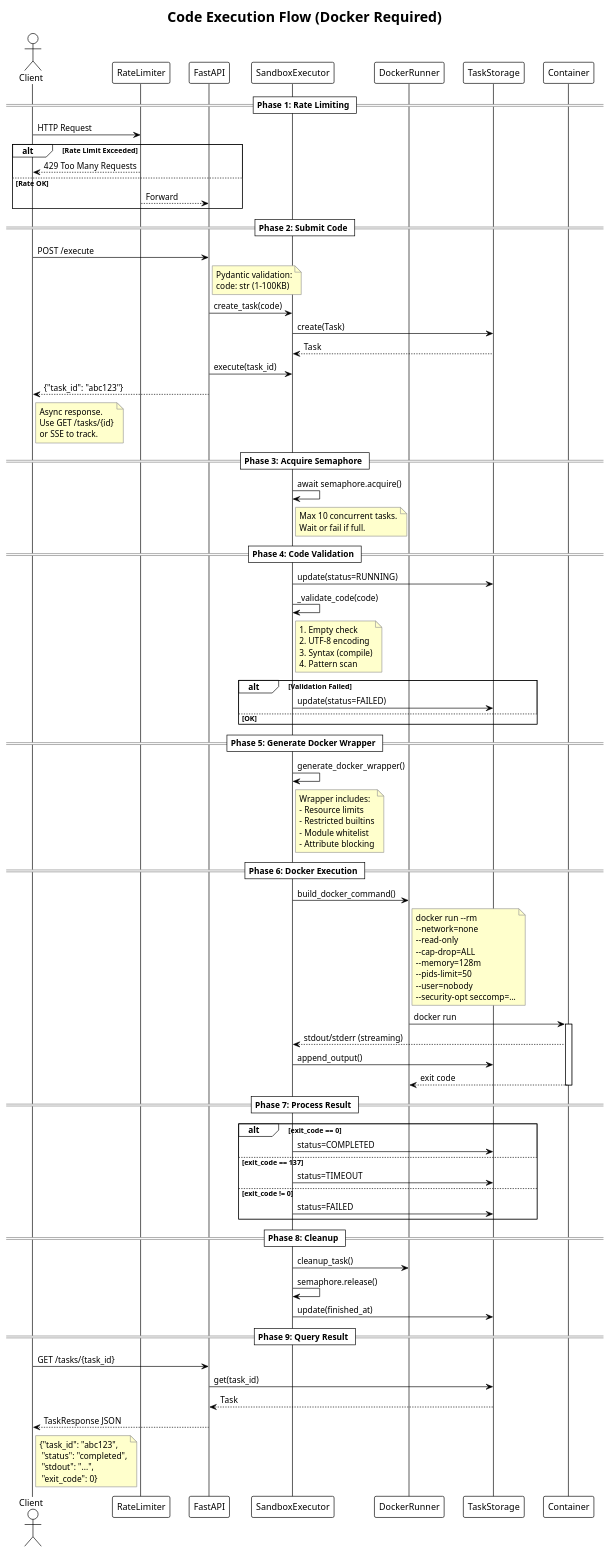
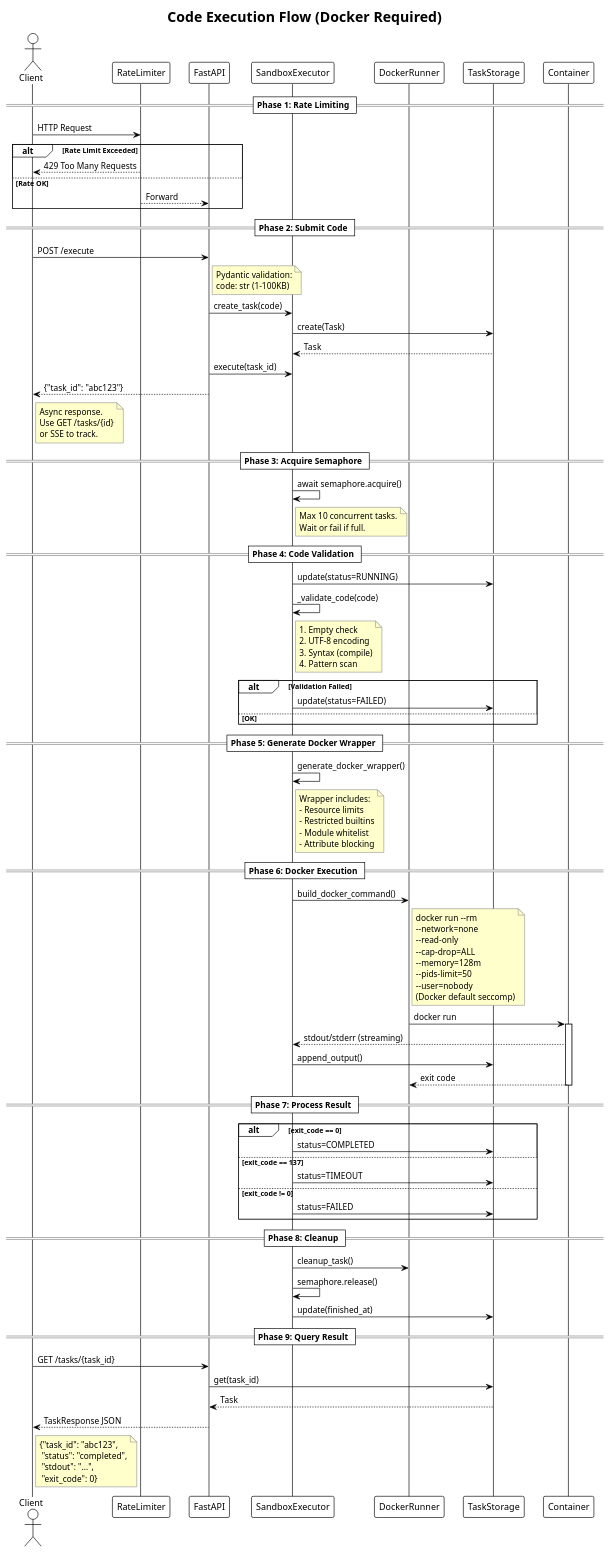
The diagram in docs/sequence_execute.puml (huangyingw/rayai-code-sandbox), drawn with PlantUML before and after one commit. The commit also changed 3 other files, not shown here.

First line of the commit message:
docs: update PUML diagrams to reflect Docker default seccomp

```diff
--- a/docs/sequence_execute.puml
+++ b/docs/sequence_execute.puml
@@ -1,140 +1,140 @@
 @startuml sequence_execute
 !theme plain
 title Code Execution Flow (Docker Required)
 skinparam responseMessageBelowArrow true
 skinparam noteBackgroundColor #FFFFCC
 skinparam noteBorderColor #999999
 
 actor "Client" as Client
 participant "RateLimiter" as RateLimiter
 participant "FastAPI" as API
 participant "SandboxExecutor" as Executor
 participant "DockerRunner" as Docker
 participant "TaskStorage" as Store
 participant "Container" as Container
 
 == Phase 1: Rate Limiting ==
 
 Client -> RateLimiter : HTTP Request
 
 alt Rate Limit Exceeded
     RateLimiter --> Client : 429 Too Many Requests
 else Rate OK
     RateLimiter --> API : Forward
 end
 
 == Phase 2: Submit Code ==
 
 Client -> API : POST /execute
 
 note right of API
   Pydantic validation:
   code: str (1-100KB)
 end note
 
 API -> Executor : create_task(code)
 Executor -> Store : create(Task)
 Store --> Executor : Task
 
 API -> Executor : execute(task_id)
 API --> Client : {"task_id": "abc123"}
 
 note right of Client
   Async response.
   Use GET /tasks/{id}
   or SSE to track.
 end note
 
 == Phase 3: Acquire Semaphore ==
 
 Executor -> Executor : await semaphore.acquire()
 
 note right of Executor
   Max 10 concurrent tasks.
   Wait or fail if full.
 end note
 
 == Phase 4: Code Validation ==
 
 Executor -> Store : update(status=RUNNING)
 Executor -> Executor : _validate_code(code)
 
 note right of Executor
   1. Empty check
   2. UTF-8 encoding
   3. Syntax (compile)
   4. Pattern scan
 end note
 
 alt Validation Failed
     Executor -> Store : update(status=FAILED)
 else OK
 end
 
 == Phase 5: Generate Docker Wrapper ==
 
 Executor -> Executor : generate_docker_wrapper()
 
 note right of Executor
   Wrapper includes:
   - Resource limits
   - Restricted builtins
   - Module whitelist
   - Attribute blocking
 end note
 
 == Phase 6: Docker Execution ==
 
 Executor -> Docker : build_docker_command()
 
 note right of Docker
   docker run --rm
   --network=none
   --read-only
   --cap-drop=ALL
   --memory=128m
   --pids-limit=50
   --user=nobody
-  --security-opt seccomp=...
+  (Docker default seccomp)
 end note
 
 Docker -> Container : docker run
 activate Container
 
 Container --> Executor : stdout/stderr (streaming)
 Executor -> Store : append_output()
 
 Container --> Docker : exit code
 deactivate Container
 
 == Phase 7: Process Result ==
 
 alt exit_code == 0
     Executor -> Store : status=COMPLETED
 else exit_code == 137
     Executor -> Store : status=TIMEOUT
 else exit_code != 0
     Executor -> Store : status=FAILED
 end
 
 == Phase 8: Cleanup ==
 
 Executor -> Docker : cleanup_task()
 Executor -> Executor : semaphore.release()
 Executor -> Store : update(finished_at)
 
 == Phase 9: Query Result ==
 
 Client -> API : GET /tasks/{task_id}
 API -> Store : get(task_id)
 Store --> API : Task
 API --> Client : TaskResponse JSON
 
 note right of Client
   {"task_id": "abc123",
    "status": "completed",
    "stdout": "...",
    "exit_code": 0}
 end note
 
 @enduml
```
